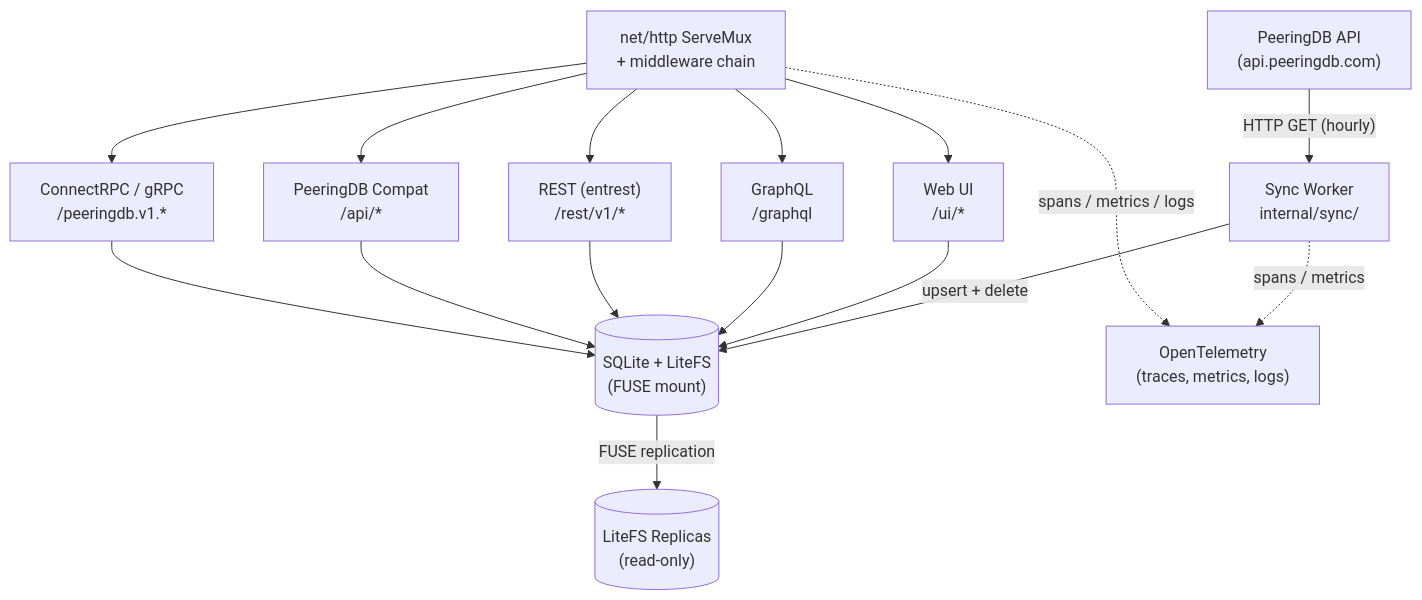
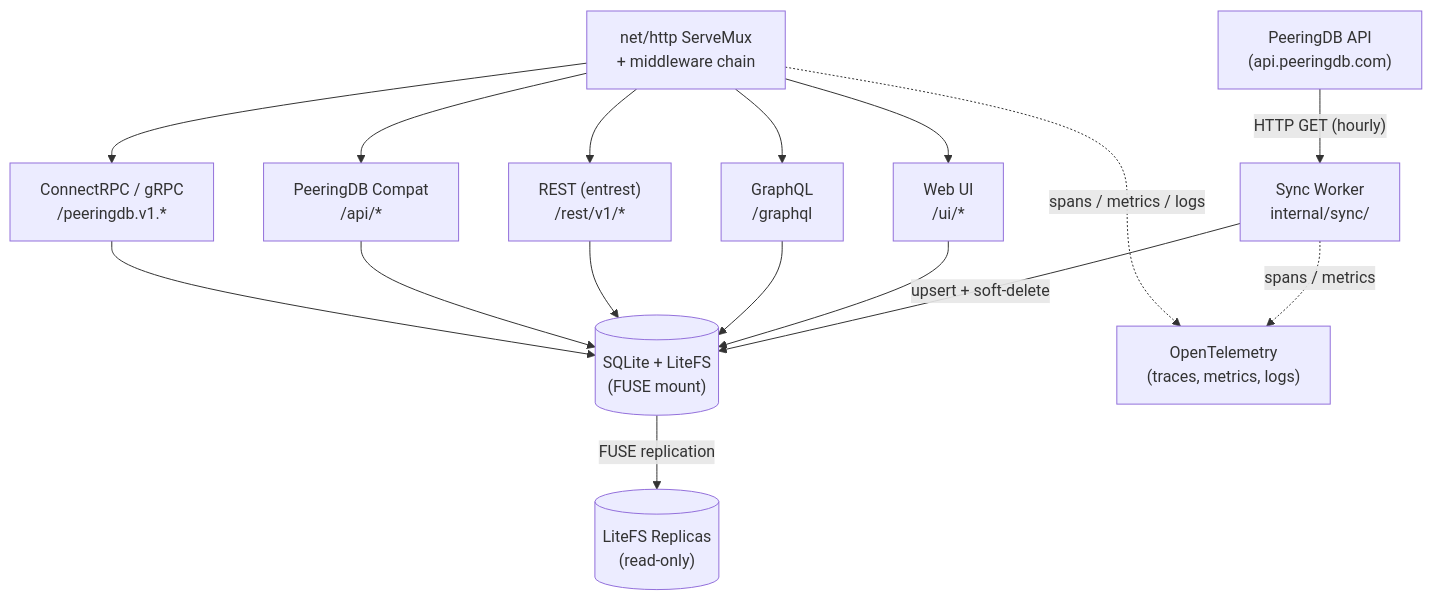
Before and after one commit to dotwaffle/peeringdb-plus: the first of 2 diagrams in docs/ARCHITECTURE.md, drawn with Mermaid. The commit also changed other lines of this file and 8 other files, not shown here.

````diff
--- a/docs/ARCHITECTURE.md
+++ b/docs/ARCHITECTURE.md
@@ -22,30 +22,30 @@
 ```mermaid
 graph TD
     PDB["PeeringDB API<br/>(api.peeringdb.com)"]
     W["Sync Worker<br/>internal/sync/"]
     DB[("SQLite + LiteFS<br/>(FUSE mount)")]
     REP[("LiteFS Replicas<br/>(read-only)")]
     MUX["net/http ServeMux<br/>+ middleware chain"]
     WEB["Web UI<br/>/ui/*"]
     GQL["GraphQL<br/>/graphql"]
     REST["REST (entrest)<br/>/rest/v1/*"]
     COMPAT["PeeringDB Compat<br/>/api/*"]
     RPC["ConnectRPC / gRPC<br/>/peeringdb.v1.*"]
     OTEL["OpenTelemetry<br/>(traces, metrics, logs)"]
 
     PDB -->|"HTTP GET (hourly)"| W
-    W -->|"upsert + delete"| DB
+    W -->|"upsert + soft-delete"| DB
     DB -->|"FUSE replication"| REP
     MUX --> WEB
     MUX --> GQL
     MUX --> REST
     MUX --> COMPAT
     MUX --> RPC
     WEB --> DB
     GQL --> DB
     REST --> DB
     COMPAT --> DB
     RPC --> DB
     W -.->|"spans / metrics"| OTEL
     MUX -.->|"spans / metrics / logs"| OTEL
 ```
````
